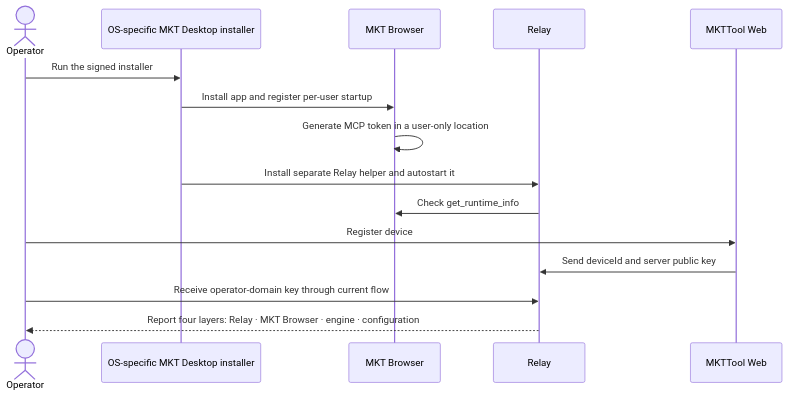
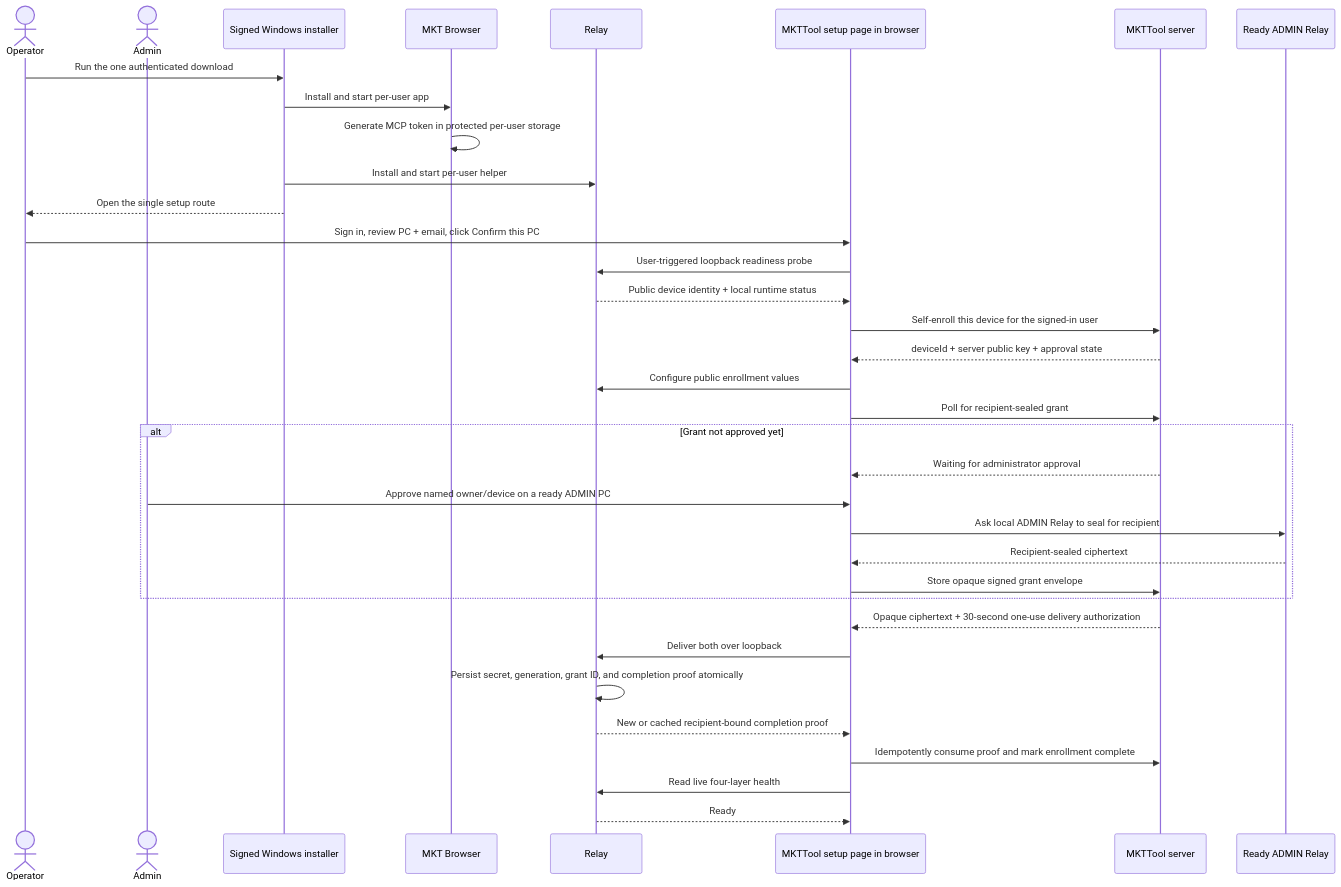
Before and after one commit to FinanceBullkk/MKTTool: the second of 6 diagrams in plans/260810-0244-mkt-browser-noi-bo/plan.md, drawn with Mermaid. The commit also changed other lines of this file and 9 other files, not shown here.

````diff
--- a/plans/260810-0244-mkt-browser-noi-bo/plan.md
+++ b/plans/260810-0244-mkt-browser-noi-bo/plan.md
@@ -357,18 +455,38 @@
 ```mermaid
 sequenceDiagram
   actor Operator
-  participant Setup as OS-specific MKT Desktop installer
+  actor Admin
+  participant Setup as Signed Windows installer
   participant MB as MKT Browser
   participant R as Relay
-  participant W as MKTTool Web
+  participant UI as MKTTool setup page in browser
+  participant S as MKTTool server
+  participant AR as Ready ADMIN Relay
 
-  Operator->>Setup: Run the signed installer
-  Setup->>MB: Install app and register per-user startup
-  MB->>MB: Generate MCP token in a user-only location
-  Setup->>R: Install separate Relay helper and autostart it
-  R->>MB: Check get_runtime_info
-  Operator->>W: Register device
-  W->>R: Send deviceId and server public key
-  Operator->>R: Receive operator-domain key through current flow
-  R-->>Operator: Report four layers: Relay · MKT Browser · engine · configuration
+  Operator->>Setup: Run the one authenticated download
+  Setup->>MB: Install and start per-user app
+  MB->>MB: Generate MCP token in protected per-user storage
+  Setup->>R: Install and start per-user helper
+  Setup-->>Operator: Open the single setup route
+  Operator->>UI: Sign in, review PC + email, click Confirm this PC
+  UI->>R: User-triggered loopback readiness probe
+  R-->>UI: Public device identity + local runtime status
+  UI->>S: Self-enroll this device for the signed-in user
+  S-->>UI: deviceId + server public key + approval state
+  UI->>R: Configure public enrollment values
+  UI->>S: Poll for recipient-sealed grant
+  alt Grant not approved yet
+    S-->>UI: Waiting for administrator approval
+    Admin->>UI: Approve named owner/device on a ready ADMIN PC
+    UI->>AR: Ask local ADMIN Relay to seal for recipient
+    AR-->>UI: Recipient-sealed ciphertext
+    UI->>S: Store opaque signed grant envelope
+  end
+  S-->>UI: Opaque ciphertext + 30-second one-use delivery authorization
+  UI->>R: Deliver both over loopback
+  R->>R: Persist secret, generation, grant ID, and completion proof atomically
+  R-->>UI: New or cached recipient-bound completion proof
+  UI->>S: Idempotently consume proof and mark enrollment complete
+  UI->>R: Read live four-layer health
+  R-->>UI: Ready
 ```
````
